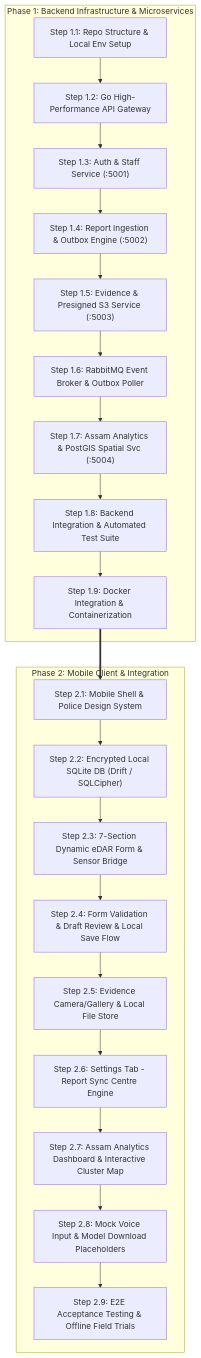
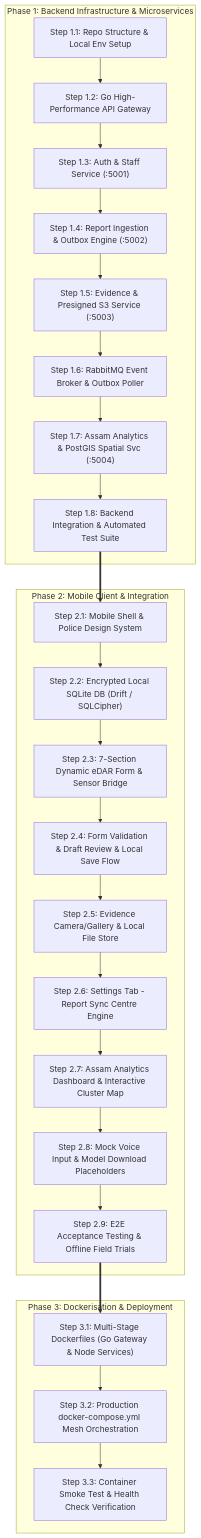
The diagram in readContext/workflow.md (Biki-dev/crashScribe), drawn with Mermaid before and after one commit. The commit also changed other lines of this file and 13 other files, not shown here.

````diff
--- a/readContext/workflow.md
+++ b/readContext/workflow.md
@@ -17,30 +18,37 @@
 ```mermaid
 graph TD
     subgraph P1 ["Phase 1: Backend Infrastructure & Microservices"]
         B1["Step 1.1: Repo Structure & Local Env Setup"]
         B2["Step 1.2: Go High-Performance API Gateway"]
         B3["Step 1.3: Auth & Staff Service (:5001)"]
         B4["Step 1.4: Report Ingestion & Outbox Engine (:5002)"]
         B5["Step 1.5: Evidence & Presigned S3 Service (:5003)"]
         B6["Step 1.6: RabbitMQ Event Broker & Outbox Poller"]
         B7["Step 1.7: Assam Analytics & PostGIS Spatial Svc (:5004)"]
         B8["Step 1.8: Backend Integration & Automated Test Suite"]
-        B9["Step 1.9: Docker Integration & Containerization"]
     end
 
     subgraph P2 ["Phase 2: Mobile Client & Integration"]
         F1["Step 2.1: Mobile Shell & Police Design System"]
         F2["Step 2.2: Encrypted Local SQLite DB (Drift / SQLCipher)"]
         F3["Step 2.3: 7-Section Dynamic eDAR Form & Sensor Bridge"]
         F4["Step 2.4: Form Validation & Draft Review & Local Save Flow"]
         F5["Step 2.5: Evidence Camera/Gallery & Local File Store"]
         F6["Step 2.6: Settings Tab - Report Sync Centre Engine"]
         F7["Step 2.7: Assam Analytics Dashboard & Interactive Cluster Map"]
         F8["Step 2.8: Mock Voice Input & Model Download Placeholders"]
         F9["Step 2.9: E2E Acceptance Testing & Offline Field Trials"]
     end
 
-    B1 --> B2 --> B3 --> B4 --> B5 --> B6 --> B7 --> B8 --> B9
-    B9 ==> F1
+    subgraph P3 ["Phase 3: Dockerisation & Deployment"]
+        D1["Step 3.1: Multi-Stage Dockerfiles (Go Gateway & Node Services)"]
+        D2["Step 3.2: Production docker-compose.yml Mesh Orchestration"]
+        D3["Step 3.3: Container Smoke Test & Health Check Verification"]
+    end
+
+    B1 --> B2 --> B3 --> B4 --> B5 --> B6 --> B7 --> B8
+    B8 ==> F1
     F1 --> F2 --> F3 --> F4 --> F5 --> F6 --> F7 --> F8 --> F9
+    F9 ==> D1
+    D1 --> D2 --> D3
 ```
````
